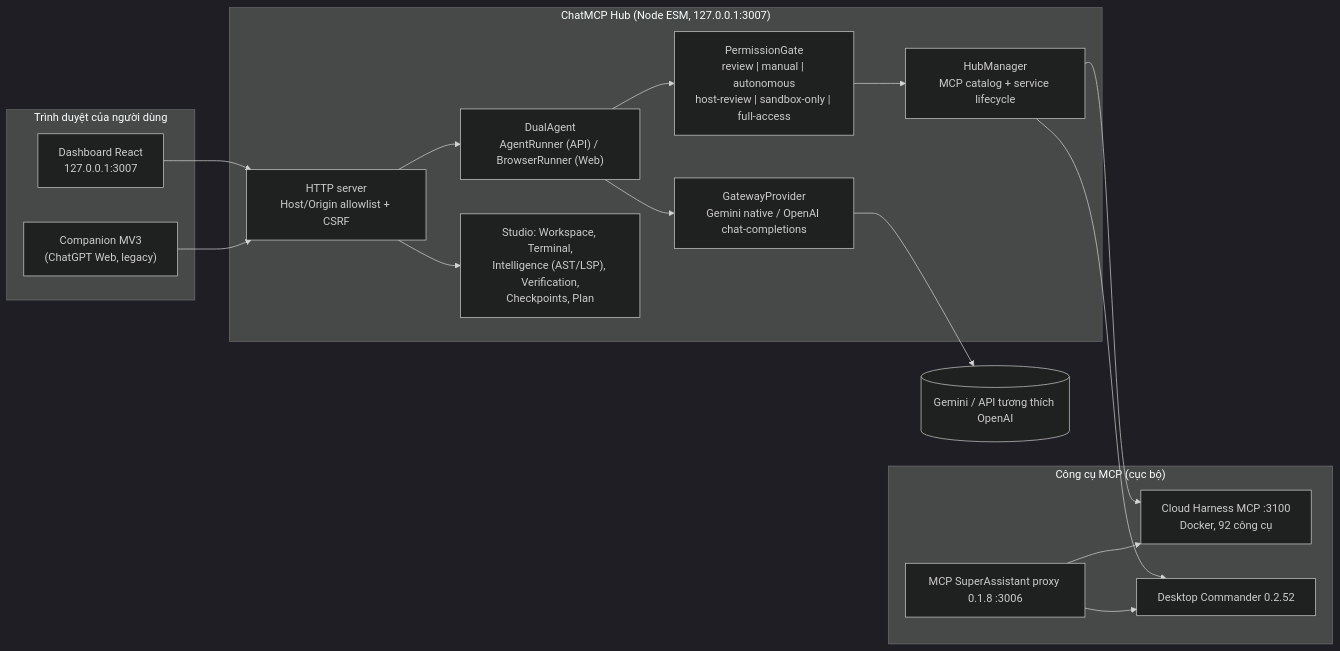
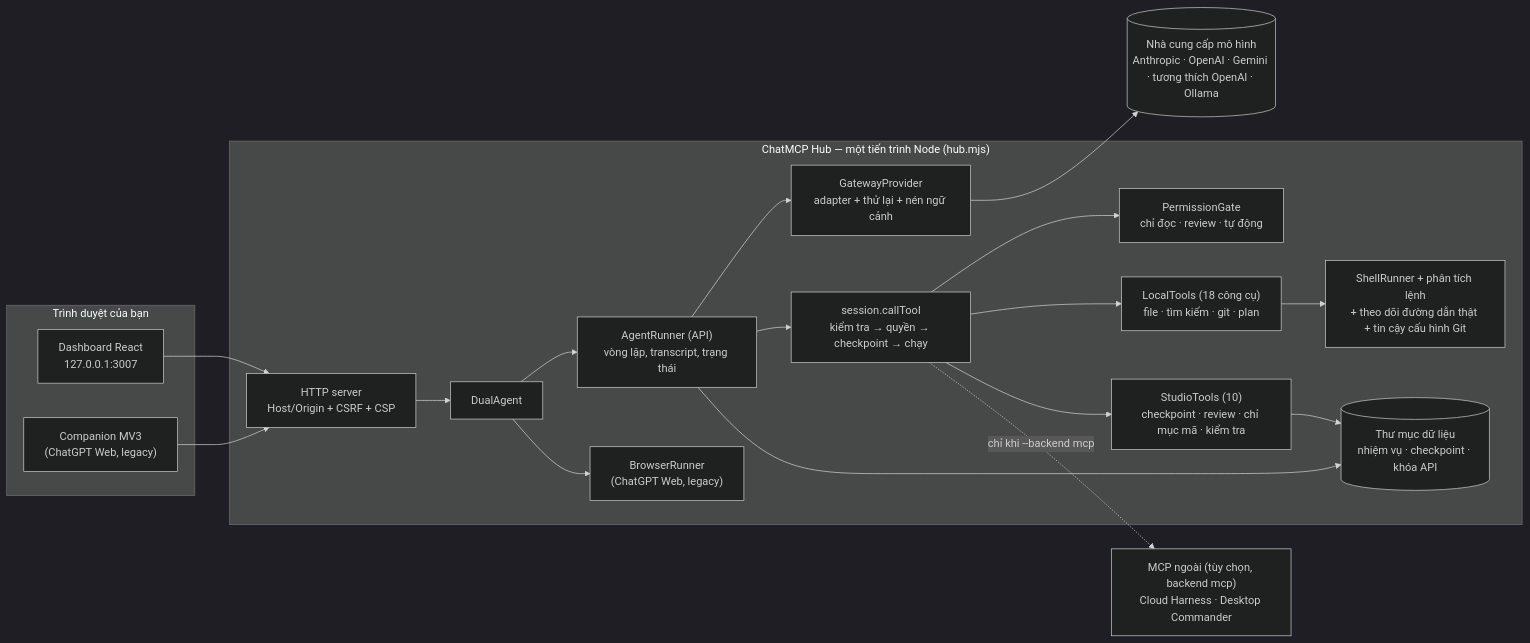
One commit to pddczpl/ChatMCP changed the first of 2 diagrams in docs/ARCHITECTURE.md. Above: the diagram before and after it, drawn with Mermaid (dark theme). The commit also changed other lines of this file and 16 other files, not shown here.

````diff
--- a/docs/ARCHITECTURE.md
+++ b/docs/ARCHITECTURE.md
@@ -7,31 +7,34 @@
 ```mermaid
 flowchart LR
-  subgraph Browser["Trình duyệt của người dùng"]
+  subgraph Browser["Trình duyệt của bạn"]
     UI["Dashboard React<br/>127.0.0.1:3007"]
     EXT["Companion MV3<br/>(ChatGPT Web, legacy)"]
   end
-  subgraph Hub["ChatMCP Hub (Node ESM, 127.0.0.1:3007)"]
-    HTTP["HTTP server<br/>Host/Origin allowlist + CSRF"]
-    AGENT["DualAgent<br/>AgentRunner (API) / BrowserRunner (Web)"]
-    GATE["PermissionGate<br/>review | manual | autonomous<br/>host-review | sandbox-only | full-access"]
-    STUDIO["Studio: Workspace, Terminal,<br/>Intelligence (AST/LSP), Verification,<br/>Checkpoints, Plan"]
-    MGR["HubManager<br/>MCP catalog + service lifecycle"]
-    GW["GatewayProvider<br/>Gemini native / OpenAI chat-completions"]
+  subgraph Hub["ChatMCP Hub — một tiến trình Node (hub.mjs)"]
+    HTTP["HTTP server<br/>Host/Origin + CSRF + CSP"]
+    DUAL["DualAgent"]
+    RUN["AgentRunner (API)<br/>vòng lặp, transcript, trạng thái"]
+    WEB["BrowserRunner<br/>(ChatGPT Web, legacy)"]
+    PROV["GatewayProvider<br/>adapter + thử lại + nén ngữ cảnh"]
+    CALL["session.callTool<br/>kiểm tra → quyền → checkpoint → chạy"]
+    GATE["PermissionGate<br/>chỉ đọc · review · tự động"]
+    LOCAL["LocalTools (18 công cụ)<br/>file · tìm kiếm · git · plan"]
+    SHELL["ShellRunner + phân tích lệnh<br/>+ theo dõi đường dẫn thật + tin cậy cấu hình Git"]
+    STUDIO["StudioTools (10)<br/>checkpoint · review · chỉ mục mã · kiểm tra"]
+    STATE[("Thư mục dữ liệu<br/>nhiệm vụ · checkpoint · khóa API")]
   end
-  subgraph MCP["Công cụ MCP (cục bộ)"]
-    CH["Cloud Harness MCP :3100<br/>Docker, 92 công cụ"]
-    DC["Desktop Commander 0.2.52"]
-    PX["MCP SuperAssistant proxy 0.1.8 :3006"]
-  end
-  LLM[("Gemini / API tương thích OpenAI")]
+  MCP["MCP ngoài (tùy chọn, backend mcp)<br/>Cloud Harness · Desktop Commander"]
+  LLM[("Nhà cung cấp mô hình<br/>Anthropic · OpenAI · Gemini · tương thích OpenAI · Ollama")]
   UI --> HTTP
   EXT --> HTTP
-  HTTP --> AGENT
-  HTTP --> STUDIO
-  AGENT --> GW --> LLM
-  AGENT --> GATE --> MGR
-  MGR --> CH
-  MGR --> DC
-  PX --> CH
-  PX --> DC
+  HTTP --> DUAL
+  DUAL --> RUN
+  DUAL --> WEB
+  RUN --> PROV --> LLM
+  RUN --> CALL --> GATE
+  CALL --> LOCAL --> SHELL
+  CALL --> STUDIO
+  CALL -. "chỉ khi --backend mcp" .-> MCP
+  RUN --> STATE
+  STUDIO --> STATE
 ```
````
